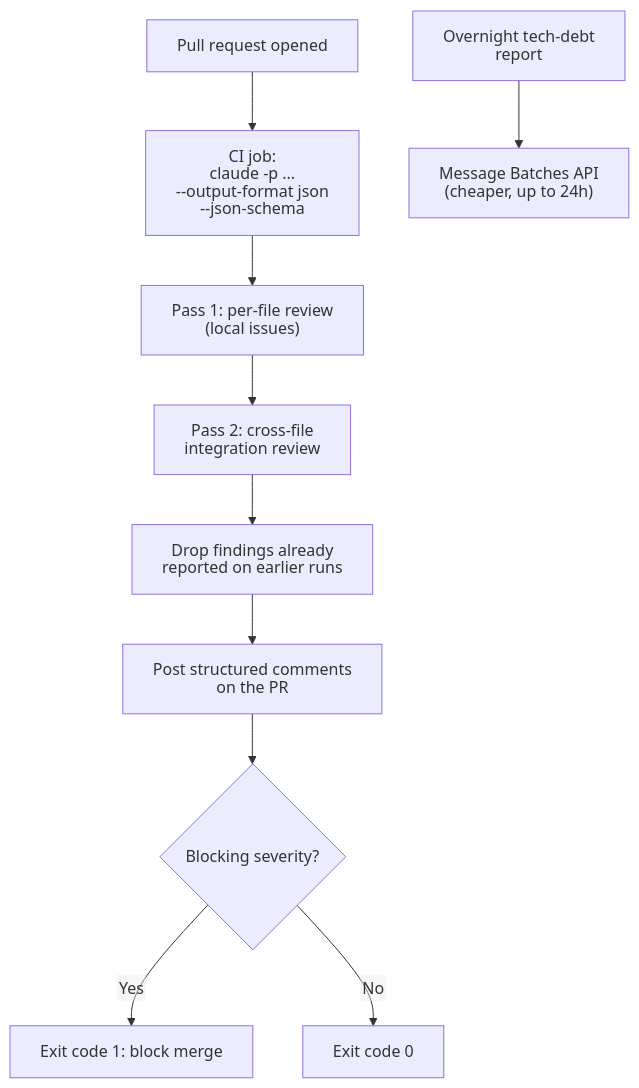
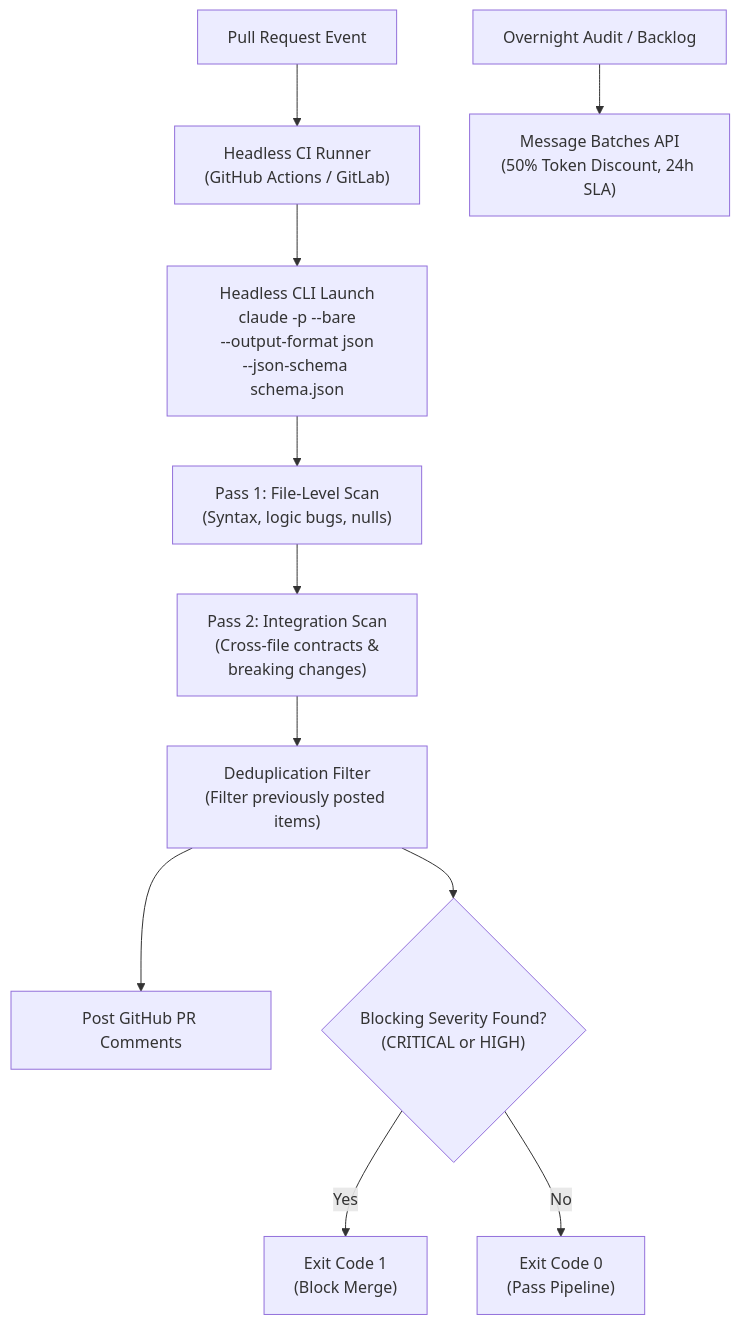
One commit to dip4k/claude_cert_architect_foundation_prep changed the first of 2 diagrams in scenarios/scenario_5_continuous_integration/SCENARIO_GUIDE.md. Above: the diagram before and after it, drawn with Mermaid. The commit also changed other lines of this file and 99 other files, not shown here.

````diff
--- a/scenarios/scenario_5_continuous_integration/SCENARIO_GUIDE.md
+++ b/scenarios/scenario_5_continuous_integration/SCENARIO_GUIDE.md
@@ -18,16 +20,17 @@
 ```mermaid
----
-config:
-  htmlLabels: false
----
 flowchart TD
-    PR["Pull request opened"] --> CI["CI job:<br>claude -p ... --output-format json<br>--json-schema"]
-    CI --> Files["Pass 1: per-file review<br>(local issues)"]
-    Files --> Integ["Pass 2: cross-file<br>integration review"]
-    Integ --> Dedupe["Drop findings already<br>reported on earlier runs"]
-    Dedupe --> Post["Post structured comments<br>on the PR"]
-    Post --> Gate{"Blocking severity?"}
-    Gate -->|"Yes"| Fail["Exit code 1: block merge"]
-    Gate -->|"No"| Pass["Exit code 0"]
-    Nightly["Overnight tech-debt report"] --> Batch["Message Batches API<br>(cheaper, up to 24h)"]
+    PR["Pull Request Event"] --> Runner["Headless CI Runner<br>(GitHub Actions / GitLab)"]
+    Runner --> Exec["Headless CLI Launch<br>claude -p --bare<br>--output-format json<br>--json-schema schema.json"]
+
+    Exec --> P1["Pass 1: File-Level Scan<br>(Syntax, logic bugs, nulls)"]
+    P1 --> P2["Pass 2: Integration Scan<br>(Cross-file contracts &<br>breaking changes)"]
+    P2 --> Dedupe["Deduplication Filter<br>(Filter previously posted items)"]
+
+    Dedupe --> Post["Post GitHub PR Comments"]
+    Dedupe --> Gate{"Blocking Severity Found?<br>(CRITICAL or HIGH)"}
+
+    Gate -->|"Yes"| Block["Exit Code 1<br>(Block Merge)"]
+    Gate -->|"No"| Allow["Exit Code 0<br>(Pass Pipeline)"]
+
+    Overnight["Overnight Audit / Backlog"] --> Batch["Message Batches API<br>(50% Token Discount, 24h SLA)"]
 ```
````
